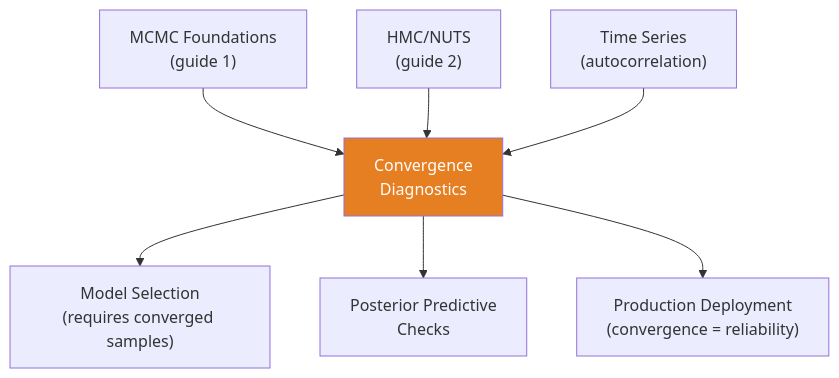
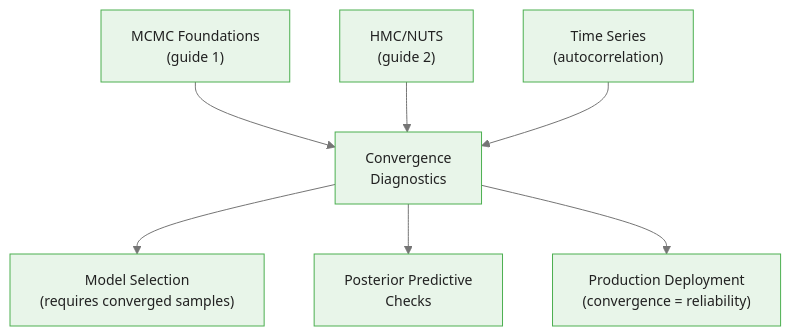
The fourth of 4 diagrams in courses/bayesian-commodity-forecasting/modules/module_06_inference/guides/04_convergence_diagnostics_slides.md (m-deane/course-creator), drawn with Mermaid before and after one commit. The commit also changed other lines of this file and 104 other files, not shown here.

````diff
--- a/courses/bayesian-commodity-forecasting/modules/module_06_inference/guides/04_convergence_diagnostics_slides.md
+++ b/courses/bayesian-commodity-forecasting/modules/module_06_inference/guides/04_convergence_diagnostics_slides.md
@@ -393,10 +404,10 @@
 ```mermaid
+%%{init: {"theme": "base", "themeVariables": {"primaryColor": "#e8f5e9", "primaryBorderColor": "#4caf50", "primaryTextColor": "#212121", "secondaryColor": "#e3f2fd", "tertiaryColor": "#fff8e1", "lineColor": "#757575", "fontFamily": "Inter, sans-serif", "fontSize": "14px"}}}%%
 flowchart TD
     MCMC["MCMC Foundations\n(guide 1)"] --> CD["Convergence\nDiagnostics"]
     HMC["HMC/NUTS\n(guide 2)"] --> CD
     TS["Time Series\n(autocorrelation)"] --> CD
     CD --> MS["Model Selection\n(requires converged samples)"]
     CD --> PPC["Posterior Predictive\nChecks"]
     CD --> PROD["Production Deployment\n(convergence = reliability)"]
-    style CD fill:#e67e22,color:#fff
 ```
````
